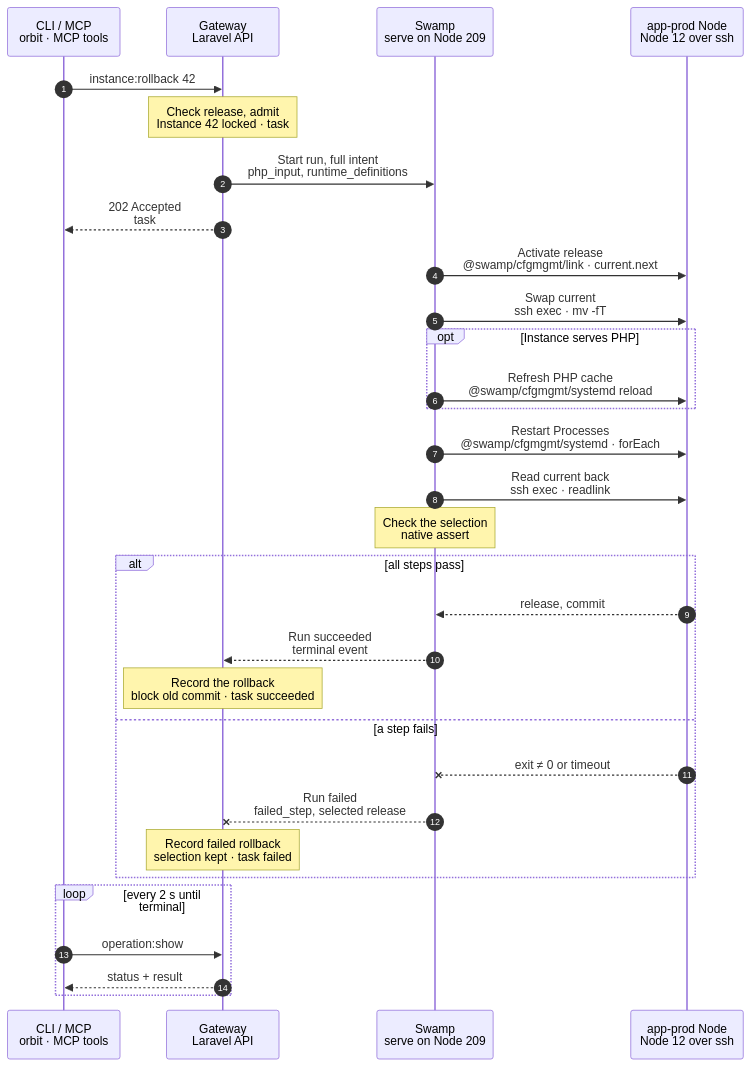
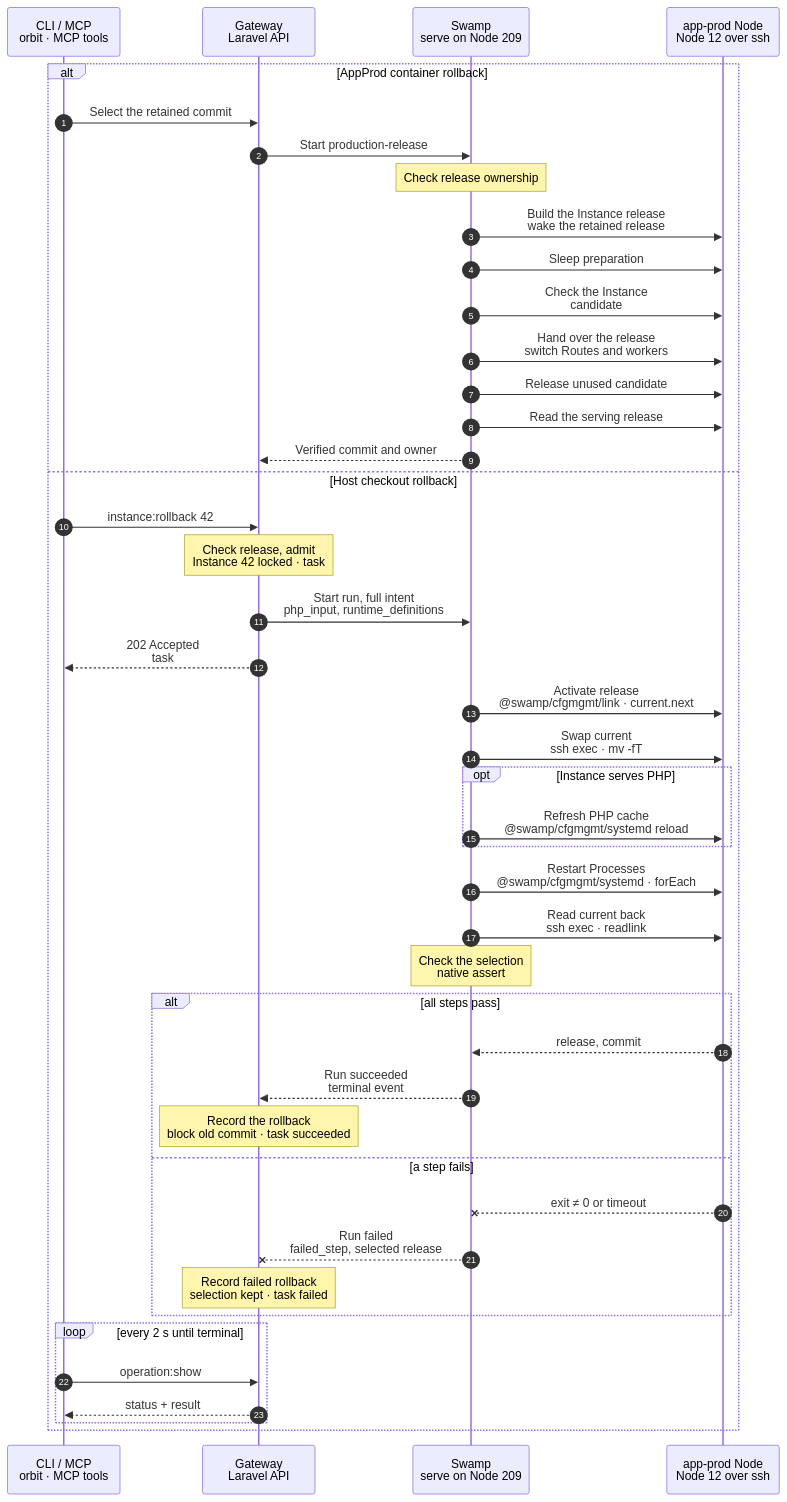
One commit to hardimpactdev/orbit changed the diagram in docs/cli/instance/rollback.mmd. Above: the diagram before and after it, drawn with Mermaid. The commit also changed 336 other files, not shown here.

First line of the commit message:
Run Gateway and AppProd releases through a shared Swamp container workflow (#4012)

```diff
--- a/docs/cli/instance/rollback.mmd
+++ b/docs/cli/instance/rollback.mmd
@@ -1,133 +1,146 @@
 sequenceDiagram
   %% Target design: ADR 0244 task + full intent as inputs, single-swamp-node; DECISIONS 4 / R1-R4 (process.stop shape), round 2 (admit instead of refuse; php_input and runtime_definitions as inputs), 3 (rollback removes the auto-deploy schedule); rule 7 (reload over restart, restart_on_deploy only). docs/reference/deployments.md#roll-back.
   %% Tightened: flow-tighten 2026-11-02, rules 5, 16, 22 (no release read: the Gateway records retained releases and holds the Instance lock; cfgmgmt link/systemd).
   %% status: migrated
   %% command: instance:rollback
   %% kind: instance.rollback
   autonumber
   %% lane CLI icon=terminal pill=caller tone=gray
   %% lane GW icon=gateway pill=intent tone=blue
   %% lane SW icon=workflow pill=executes tone=green
   %% lane N icon=server pill=target tone=amber
   participant CLI as CLI / MCP<br/>orbit · MCP tools
   participant GW as Gateway<br/>Laravel API
   participant SW as Swamp<br/>serve on Node 209
   participant N as app-prod Node<br/>Node 12 over ssh
+  alt AppProd container rollback
+    CLI->>GW: Select the retained commit
+    GW->>SW: Start production-release
+    Note over SW: Check release ownership
+    SW->>N: Build the Instance release<br/>wake the retained release
+    SW->>N: Sleep preparation
+    SW->>N: Check the Instance<br/>candidate
+    SW->>N: Hand over the release<br/>switch Routes and workers
+    SW->>N: Release unused candidate
+    SW->>N: Read the serving release
+    SW-->>GW: Verified commit and owner
+  else Host checkout rollback
   CLI->>GW: instance:rollback 42
   %%> Command:
   %%> - `orbit instance:rollback 42 --release=20261030T101500Z`
   %%> - syntax: `<instance> --release=NAME [--idempotency-key=KEY] [--json]`
   %%> Input:
   %%> - the Instance, and one retained release name from `instance:release:list 42`
   %%> Who can call it:
   %%> - the `orbit` CLI and the MCP tool send the same request
   %%> Required input:
   %%> - `--release=NAME` is mandatory; omission returns `deployment.release_required` before admission
   Note over GW: Check release, admit<br/>Instance 42 locked · task #5151
   %%> Requirements:
   %%> - your Node has an access grant to Node 12
   %%> - Instance 42 is a production Instance; else `deployment_config.unavailable`
   %%> - Instance 42 retains release `20261030T101500Z`; else `rollback.release_not_retained` and nothing changes
   %%> - no started operation holds Instance 42; else `operation.target_busy`
   %%> Wins over:
   %%> - a deploy that no worker has started; it ends `cancelled` with `operation.superseded`
   %%> Freezes:
   %%> - `php_input`: the PHP runtime and pool of Instance 42
   %%> - `runtime_definitions`: its Process and Schedule definitions
   %%> - the account `orbit-app-7` and its home
   %%> Result:
   %%> - deployment 89 recorded as a running rollback; task #5151 recorded with the full intent
   %%> - automatic deployment pauses, and its schedule is removed
   GW->>SW: Start run, full intent<br/>php_input, runtime_definitions
   %%> What it does:
   %%> - starts one run of `operation-instance-rollback` on Swamp serve (Node 209); every step runs there
   %%> Inputs:
   %%> - Node 12's address and SSH host keys; the SSH identity comes from the `swamp` role
   %%> - the release name, `php_input` and `runtime_definitions`
   %%> Not included:
   %%> - no GitHub token and no `.env`: a rollback fetches nothing and writes no environment
   %%> Budget:
   %%> - 900 s
   GW-->>CLI: 202 Accepted<br/>task #5151
   %%> What you get:
   %%> - the task number, at once
   %%> Next:
   %%> - the CLI follows the task until it ends
   SW->>N: Activate release<br/>@swamp/cfgmgmt/link · current.next
   %%> How:
   %%> - Swamp reaches Node 12 over `@swamp/ssh` from 209 with `@swamp/cfgmgmt/link`; nothing is copied to the Node
   %%> Why no read first:
   %%> - the Gateway's retained-release records come from deploy results, and Instance 42's lock keeps a deploy's cleanup from removing the release meanwhile
   %%> What it does:
   %%> - adds each served application's missing `.env` link in the release
   %%> - writes `current.next`, owned by `orbit-app-7`, pointing at `releases/20261030T101500Z`
   %%> When a link fails:
   %%> - `current.next` is not written, and `current` keeps the old release
   SW->>N: Swap current<br/>ssh exec · mv -fT
   %%> What it does:
   %%> - renames `current.next` over `current` with one atomic rename, so `current` always exists
   %%> - the link keeps its owner
   %%> Cancel:
   %%> - a cancel before this step stops the rollback; after it, the rollback finishes
   opt Instance serves PHP
     SW->>N: Refresh PHP cache<br/>@swamp/cfgmgmt/systemd reload
     %%> What it does:
     %%> - converges the dedicated PHP-FPM pool from `php_input`
     %%> - reloads it gracefully, so running requests finish; then resets OPcache and waits for it
     %%> When a restart is needed:
     %%> - only when the pool's runtime itself differs, such as the PHP version
   end
   SW->>N: Restart Processes<br/>@swamp/cfgmgmt/systemd · forEach
   %%> What it does:
   %%> - installs `runtime_definitions`, in the `process.create` and `schedule.create` shape
   %%> - for each running Process with `restart_on_deploy`: reload when the Process allows it, else restart
   %%> Not included:
   %%> - Processes without `restart_on_deploy`, and stopped Processes, stay as they are
   %%> - no deploy step, no Git fetch, no database change
   SW->>N: Read current back<br/>ssh exec · readlink
   %%> What it does:
   %%> - reads the live `current` link on Node 12
   Note over SW: Check the selection<br/>native assert
   %%> What it does:
   %%> - checks the link read back is `releases/20261030T101500Z`
   %%> - each restarted Process was checked by its own restart
   alt all steps pass
     N-->>SW: release, commit
     %%> Returns:
     %%> - the selected release, its commit, and the restarted Processes
     SW-->>GW: Run succeeded<br/>terminal event
     %%> How the Gateway learns it:
     %%> - its shared run reader sees the terminal event; Swamp never calls the Gateway
     Note over GW: Record the rollback<br/>block old commit · task succeeded
     %%> Result:
     %%> - deployment 89 succeeds with the release and its commit
     %%> - the commit it moved away from is blocked for automatic deploys
     %%> - automatic deployment stays paused until `instance:auto-deploy:enable 42`
     %%> - task #5151 succeeds
   else a step fails
     N--xSW: exit ≠ 0 or timeout
     %%> When:
     %%> - the release is gone, a check or reload fails, SSH fails, or 900 s run out
     SW--xGW: Run failed<br/>failed_step, selected release
     %%> The Gateway reads:
     %%> - which step failed and its error code
     %%> - which release `current` selects now
     Note over GW: Record failed rollback<br/>selection kept · task failed
     %%> Result:
     %%> - deployment 89 is marked failed; task #5151 fails
     %%> - the old commit is still blocked, and automatic deployment stays paused
     %%> On the Node:
     %%> - a failure before activation keeps the old selection
     %%> - a failure after it keeps the rollback release selected
     %%> - Orbit restores no data; you own application recovery
     %%> Retry:
     %%> - run the same command again after a fix; it is a new task and safe to repeat
   end
   loop every 2 s until terminal
     CLI->>GW: operation:show #5151
     %%> What it does:
     %%> - asks for the task's status until it has ended
     GW-->>CLI: status + result
     %%> Returns:
     %%> - the current status, and the result once the task has ended
   end
+  end
```
